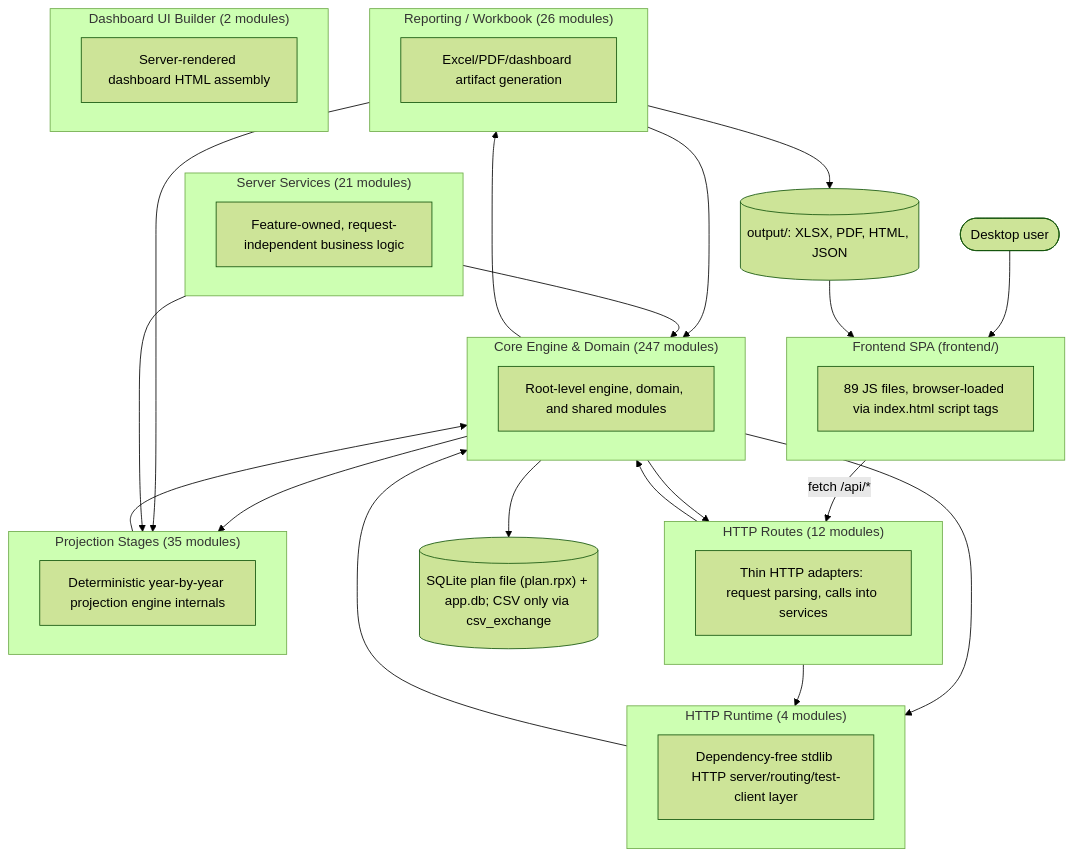
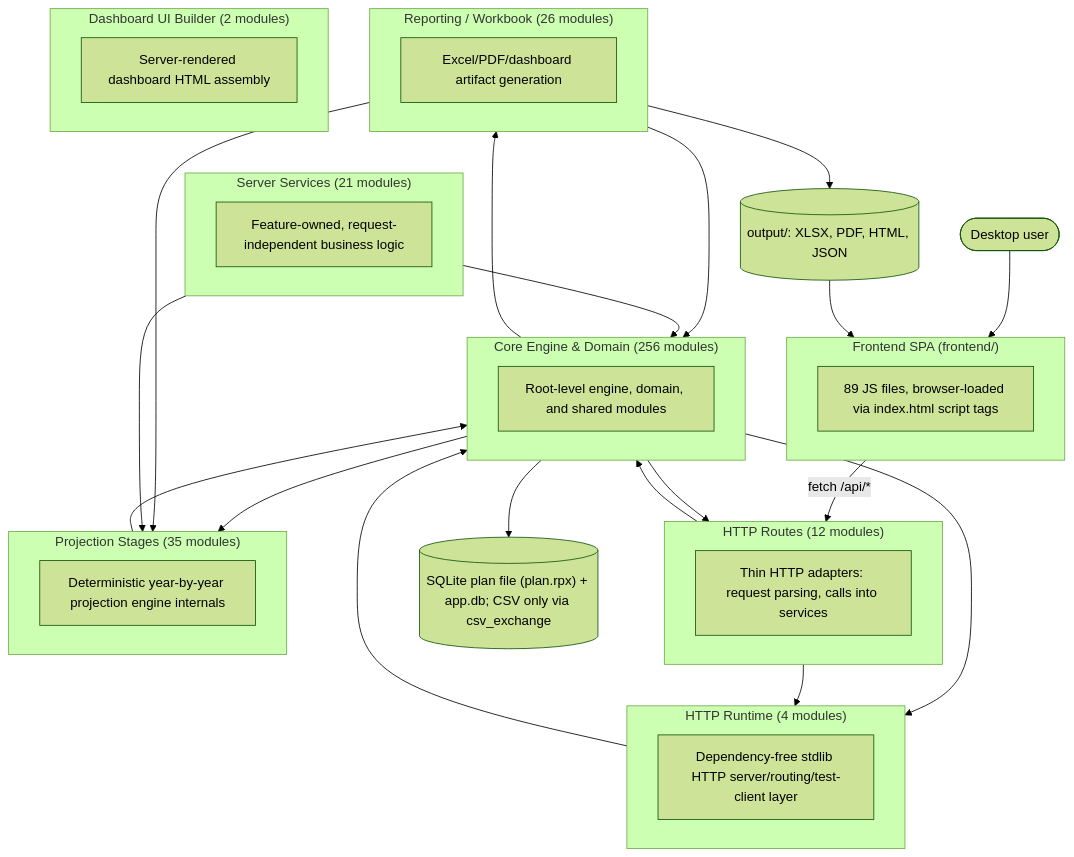
One commit to matthartzman/retirement_system changed the first of 2 diagrams in documentation/reference/SYSTEM_ARCHITECTURE_DIAGRAM.md. Above: the diagram before and after it, drawn with Mermaid (forest theme). The commit also changed other lines of this file and 6 other files, not shown here.

Commit message:
Elevated per-account tests (skipped by default); architecture diagram

````diff
--- a/documentation/reference/SYSTEM_ARCHITECTURE_DIAGRAM.md
+++ b/documentation/reference/SYSTEM_ARCHITECTURE_DIAGRAM.md
@@ -11,44 +11,44 @@
 ```mermaid
 flowchart TB
     User(["Desktop user"]) --> FE
     subgraph FE["Frontend SPA (frontend/)"]
         FEcount["89 JS files, browser-loaded via index.html script tags"]
     end
     FE -->|fetch /api/*| L_HTTP_Routes
     subgraph L_HTTP_Routes["HTTP Routes (12 modules)"]
         L_HTTP_Routes_d["Thin HTTP adapters: request parsing, calls into services"]
     end
     subgraph L_Server_Services["Server Services (21 modules)"]
         L_Server_Services_d["Feature-owned, request-independent business logic"]
     end
     subgraph L_HTTP_Runtime["HTTP Runtime (4 modules)"]
         L_HTTP_Runtime_d["Dependency-free stdlib HTTP server/routing/test-client layer"]
     end
-    subgraph L_Core_Engine___Domain["Core Engine & Domain (247 modules)"]
+    subgraph L_Core_Engine___Domain["Core Engine & Domain (256 modules)"]
         L_Core_Engine___Domain_d["Root-level engine, domain, and shared modules"]
     end
     subgraph L_Projection_Stages["Projection Stages (35 modules)"]
         L_Projection_Stages_d["Deterministic year-by-year projection engine internals"]
     end
     subgraph L_Reporting___Workbook["Reporting / Workbook (26 modules)"]
         L_Reporting___Workbook_d["Excel/PDF/dashboard artifact generation"]
     end
     subgraph L_Dashboard_UI_Builder["Dashboard UI Builder (2 modules)"]
         L_Dashboard_UI_Builder_d["Server-rendered dashboard HTML assembly"]
     end
     L_Core_Engine___Domain --> L_HTTP_Routes
     L_Core_Engine___Domain --> L_HTTP_Runtime
     L_Core_Engine___Domain --> L_Projection_Stages
     L_Core_Engine___Domain --> L_Reporting___Workbook
     L_HTTP_Routes --> L_Core_Engine___Domain
     L_HTTP_Routes --> L_HTTP_Runtime
     L_HTTP_Runtime --> L_Core_Engine___Domain
     L_Projection_Stages --> L_Core_Engine___Domain
     L_Reporting___Workbook --> L_Core_Engine___Domain
     L_Reporting___Workbook --> L_Projection_Stages
     L_Server_Services --> L_Core_Engine___Domain
     L_Server_Services --> L_Projection_Stages
     L_Core_Engine___Domain --> DB[("SQLite plan file (plan.rpx) + app.db; CSV only via csv_exchange")]
     L_Reporting___Workbook --> Outputs[("output/: XLSX, PDF, HTML, JSON")]
     Outputs --> FE
 ```
````
